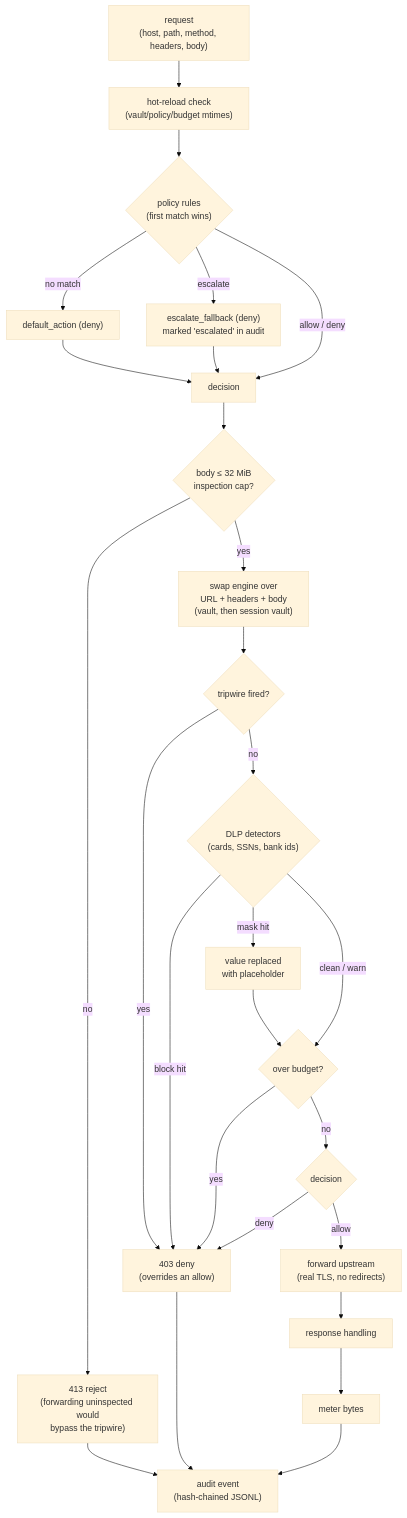
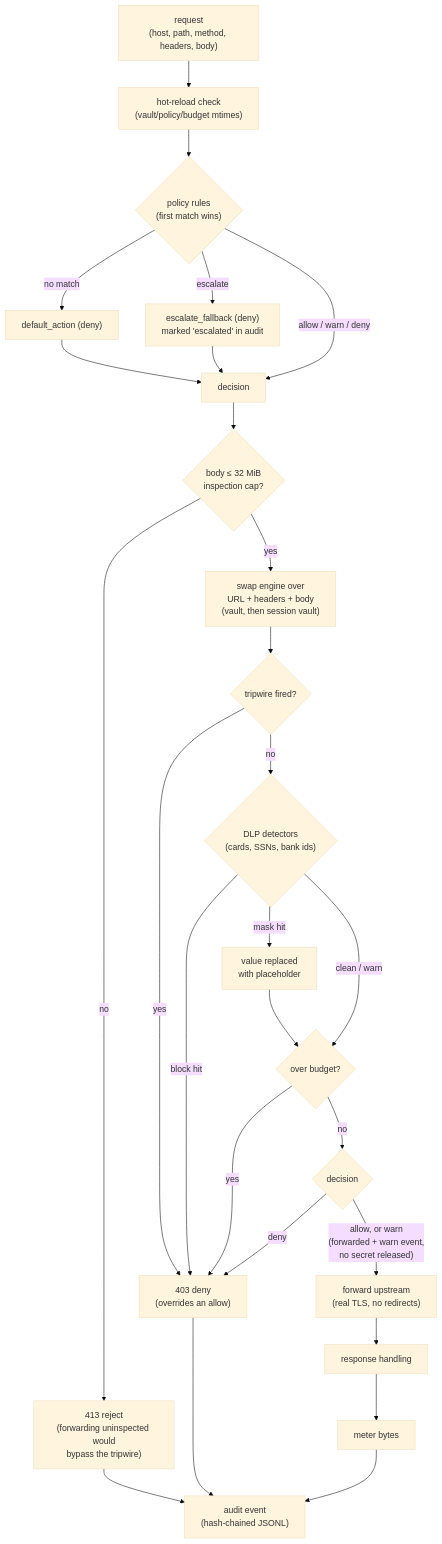
The fourth of 7 diagrams in docs/how-it-works.md (decoyrail-team/decoyrail), drawn with Mermaid (base theme) before and after one commit. The commit also changed other lines of this file and 15 other files, not shown here.

````diff
--- a/docs/how-it-works.md
+++ b/docs/how-it-works.md
@@ -130,29 +130,29 @@
 ```mermaid
 flowchart TD
     req["request<br/>(host, path, method, headers, body)"] --> reload["hot-reload check<br/>(vault/policy/budget mtimes)"]
     reload --> pol{"policy rules<br/>(first match wins)"}
     pol -->|no match| defact["default_action (deny)"]
     pol -->|escalate| esc["escalate_fallback (deny)<br/>marked 'escalated' in audit"]
-    pol -->|allow / deny| act[decision]
+    pol -->|allow / warn / deny| act[decision]
     defact --> act
     esc --> act
 
     act --> cap{"body ≤ 32 MiB<br/>inspection cap?"}
     cap -->|no| r413["413 reject<br/>(forwarding uninspected would<br/>bypass the tripwire)"]
     cap -->|yes| swap["swap engine over<br/>URL + headers + body<br/>(vault, then session vault)"]
 
     swap --> trip{tripwire fired?}
     trip -->|yes| deny["403 deny<br/>(overrides an allow)"]
     trip -->|no| dlp{"DLP detectors<br/>(cards, SSNs, bank ids)"}
     dlp -->|block hit| deny
     dlp -->|mask hit| masked["value replaced<br/>with placeholder"] --> budget
     dlp -->|clean / warn| budget{over budget?}
     budget -->|yes| deny
     budget -->|no| final{decision}
     final -->|deny| deny
-    final -->|allow| fwd["forward upstream<br/>(real TLS, no redirects)"]
+    final -->|"allow, or warn<br/>(forwarded + warn event,<br/>no secret released)"| fwd["forward upstream<br/>(real TLS, no redirects)"]
 
     deny --> audit["audit event<br/>(hash-chained JSONL)"]
     r413 --> audit
     fwd --> resp["response handling"] --> meter["meter bytes"] --> audit
 ```
````
